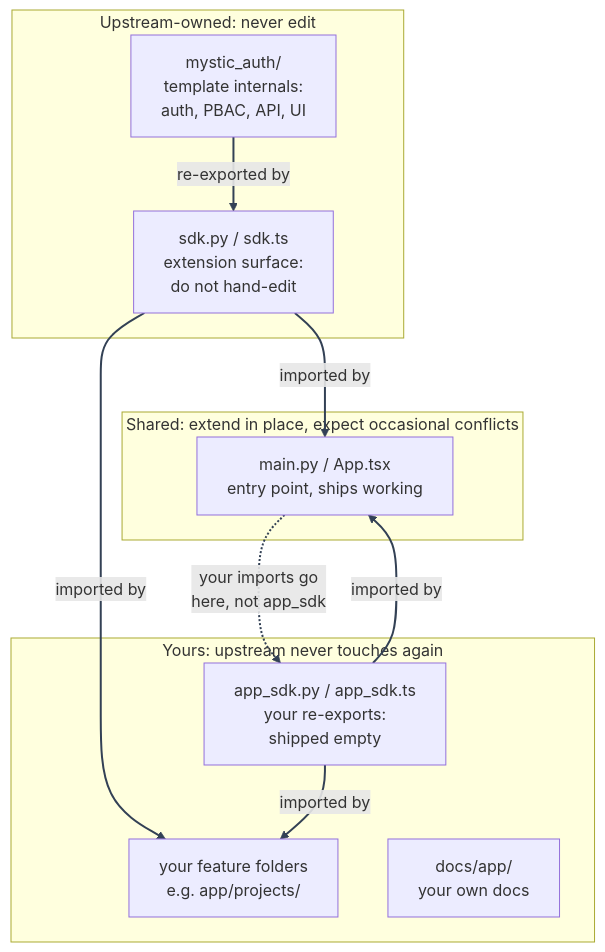
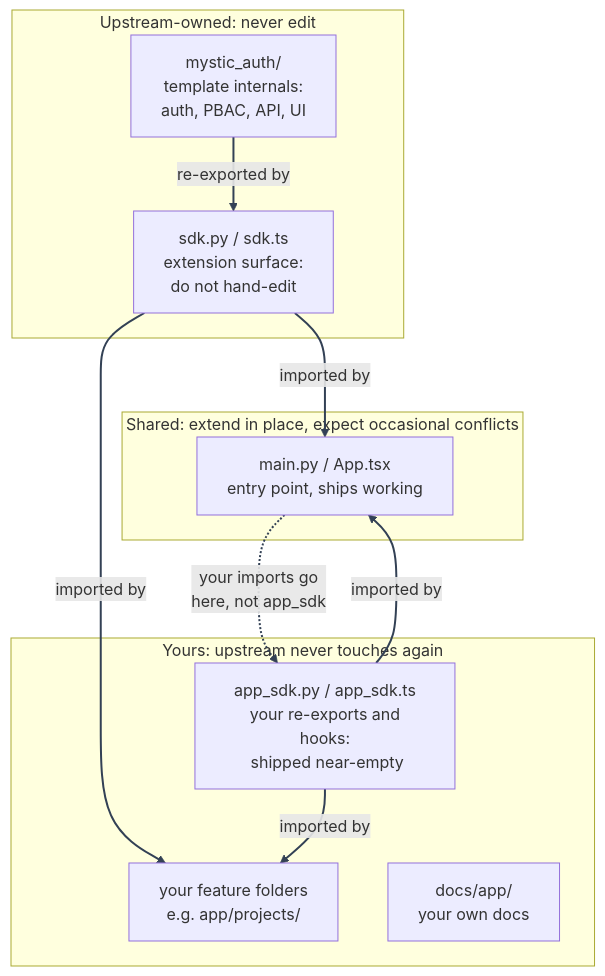
The diagram in docs/mystic_auth/template-usage/ownership-split.md (Nachiket-2024/mystic-auth), drawn with Mermaid before and after one commit. The commit also changed other lines of this file and 292 other files, not shown here.

````diff
--- a/docs/mystic_auth/template-usage/ownership-split.md
+++ b/docs/mystic_auth/template-usage/ownership-split.md
@@ -19,23 +19,23 @@
 ```mermaid
 %%{init: {"themeVariables": {"lineColor": "#334155"}} }%%
 flowchart TB
     subgraph upstream["Upstream-owned: never edit"]
         MA["mystic_auth/\n template internals:\n auth, PBAC, API, UI"]
         SDK["sdk.py / sdk.ts\n extension surface:\n do not hand-edit"]
     end
     subgraph shared["Shared: extend in place, expect occasional conflicts"]
         ENTRY["main.py / App.tsx\n entry point, ships working"]
     end
     subgraph yours["Yours: upstream never touches again"]
-        APPSDK["app_sdk.py / app_sdk.ts\n your re-exports:\n shipped empty"]
+        APPSDK["app_sdk.py / app_sdk.ts\n your re-exports and hooks:\n shipped near-empty"]
         FEATURES["your feature folders\n e.g. app/projects/"]
         DOCSAPP["docs/app/\n your own docs"]
     end
     MA -->|re-exported by| SDK
     SDK -->|imported by| ENTRY
     SDK -->|imported by| FEATURES
     APPSDK -->|imported by| ENTRY
     APPSDK -->|imported by| FEATURES
     ENTRY -.->|"your imports go\n here, not app_sdk"| APPSDK
     linkStyle default stroke:#334155,stroke-width:2px
 ```
````
